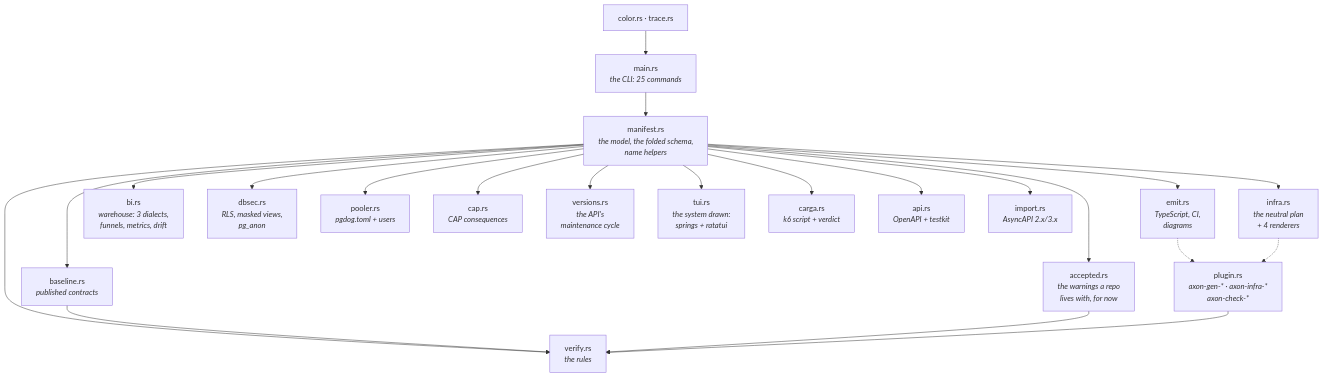
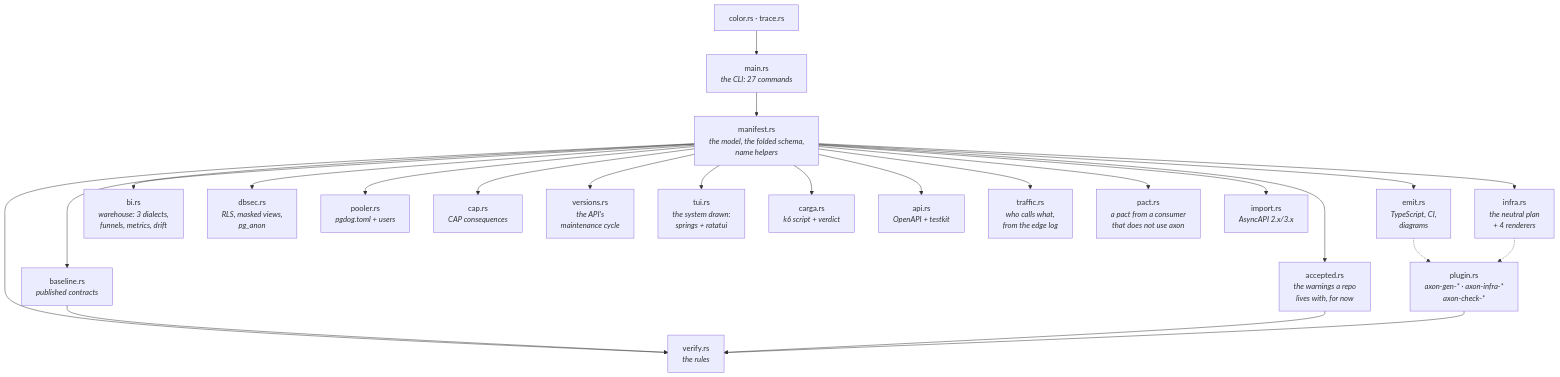
One commit to Andrew-Tellez/axon changed the second of 8 diagrams in docs/src/architecture.md. Above: the diagram before and after it, drawn with Mermaid. The commit also changed 15 other files, not shown here.

````diff
--- a/docs/src/architecture.md
+++ b/docs/src/architecture.md
@@ -54,28 +54,30 @@
 ```mermaid
 flowchart TB
   MAN["manifest.rs<br/><i>the model, the folded schema,<br/>name helpers</i>"]
 
   MAN --> VER["verify.rs<br/><i>the rules</i>"]
   MAN --> EMIT["emit.rs<br/><i>TypeScript, CI,<br/>diagrams</i>"]
   MAN --> INF["infra.rs<br/><i>the neutral plan<br/>+ 4 renderers</i>"]
   MAN --> BI["bi.rs<br/><i>warehouse: 3 dialects,<br/>funnels, metrics, drift</i>"]
   MAN --> DBS["dbsec.rs<br/><i>RLS, masked views,<br/>pg_anon</i>"]
   MAN --> POOL["pooler.rs<br/><i>pgdog.toml + users</i>"]
   MAN --> CAP["cap.rs<br/><i>CAP consequences</i>"]
   MAN --> VERS["versions.rs<br/><i>the API's<br/>maintenance cycle</i>"]
   MAN --> TUI["tui.rs<br/><i>the system drawn:<br/>springs + ratatui</i>"]
   MAN --> LOAD["carga.rs<br/><i>k6 script + verdict</i>"]
   MAN --> API["api.rs<br/><i>OpenAPI + testkit</i>"]
   MAN --> BASE["baseline.rs<br/><i>published contracts</i>"]
   MAN --> ACC["accepted.rs<br/><i>the warnings a repo<br/>lives with, for now</i>"]
+  MAN --> TRF["traffic.rs<br/><i>who calls what,<br/>from the edge log</i>"]
+  MAN --> PCT["pact.rs<br/><i>a pact from a consumer<br/>that does not use axon</i>"]
   MAN --> IMP["import.rs<br/><i>AsyncAPI 2.x/3.x</i>"]
 
   BASE --> VER
   ACC --> VER
   PLUG["plugin.rs<br/><i>axon-gen-* · axon-infra-*<br/>axon-check-*</i>"] --> VER
   EMIT -.-> PLUG
   INF -.-> PLUG
 
-  MAIN["main.rs<br/><i>the CLI: 25 commands</i>"] --> MAN
+  MAIN["main.rs<br/><i>the CLI: 27 commands</i>"] --> MAN
   COL["color.rs · trace.rs"] --> MAIN
 ```
````
